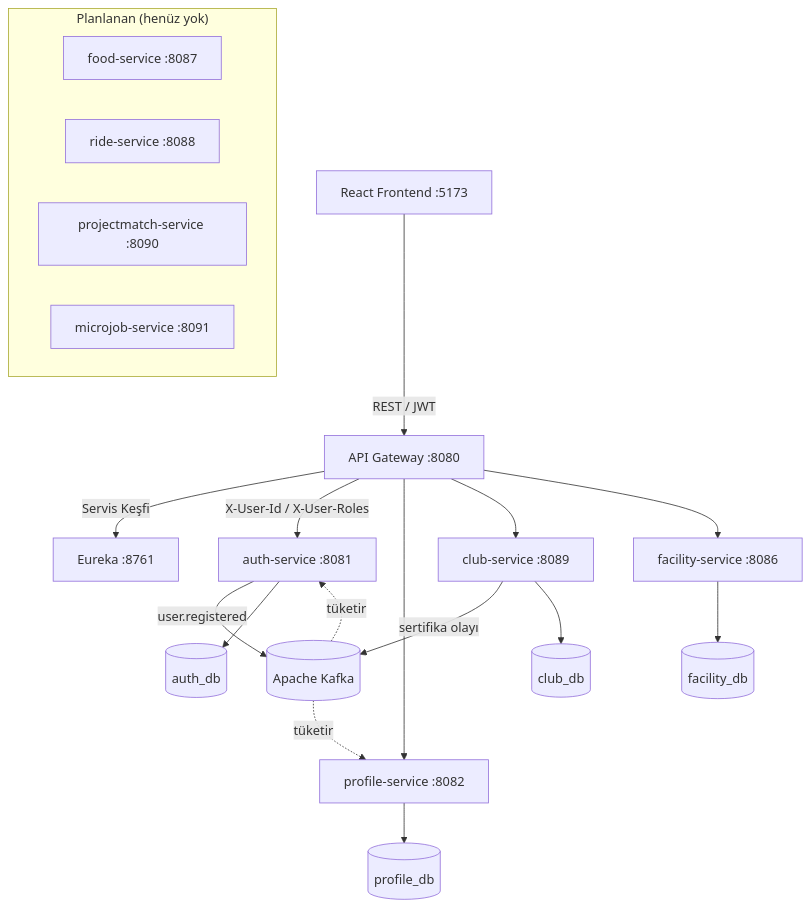
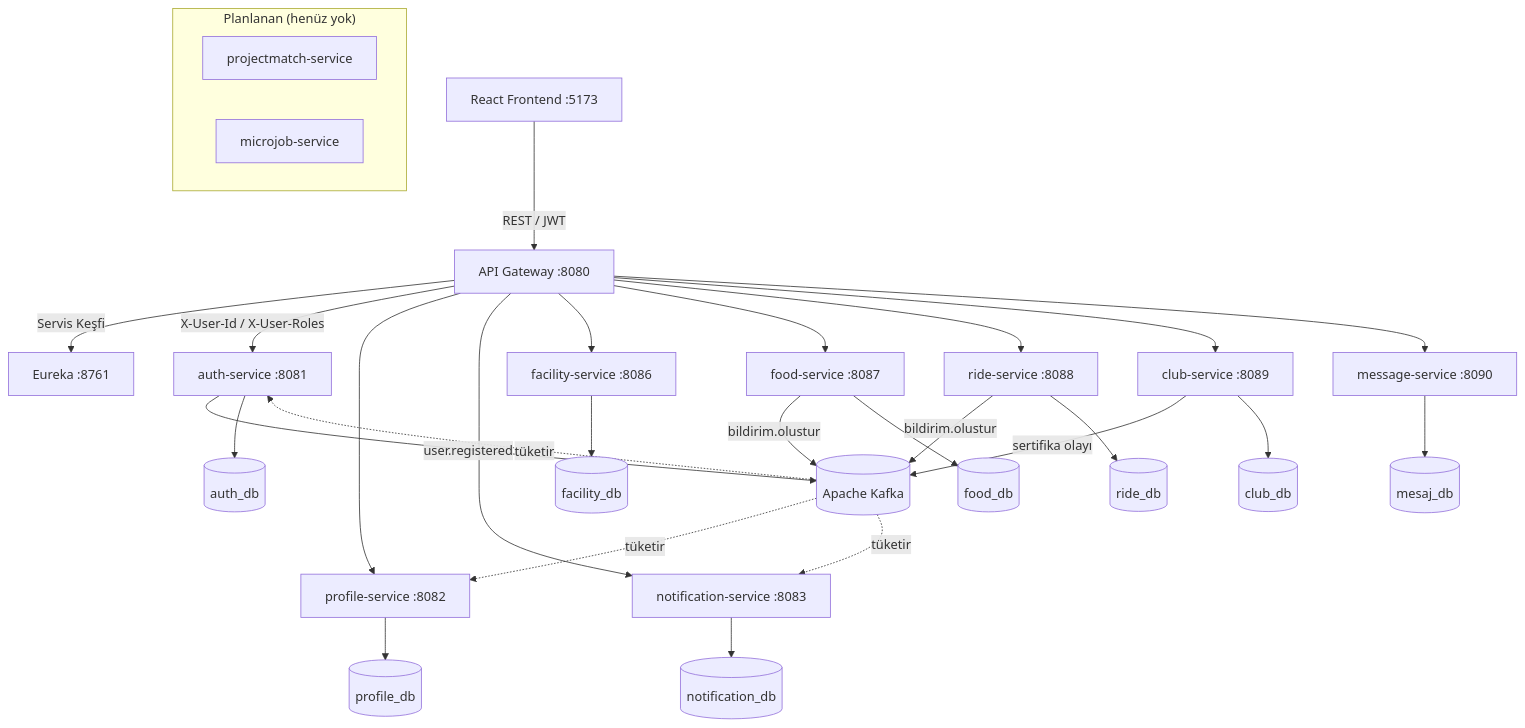
Before and after one commit to tolguner/IsikCampusOS: the diagram in docs/proje/02-mimari.md, drawn with Mermaid. The commit also changed other lines of this file and 41 other files, not shown here.

````diff
--- a/docs/proje/02-mimari.md
+++ b/docs/proje/02-mimari.md
@@ -109,26 +121,35 @@
 ```mermaid
 flowchart TD
     Client[React Frontend :5173] -->|REST / JWT| Gateway[API Gateway :8080]
     Gateway -->|Servis Keşfi| Eureka[Eureka :8761]
     Gateway -->|X-User-Id / X-User-Roles| Auth[auth-service :8081]
     Gateway --> Profile[profile-service :8082]
-    Gateway --> Event[club-service :8089]
+    Gateway --> Notification[notification-service :8083]
     Gateway --> Facility[facility-service :8086]
+    Gateway --> Food[food-service :8087]
+    Gateway --> Ride[ride-service :8088]
+    Gateway --> Club[club-service :8089]
+    Gateway --> Message[message-service :8090]
 
     Auth -->|user.registered| Kafka[(Apache Kafka)]
     Kafka -.->|tüketir| Profile
-    Event -->|sertifika olayı| Kafka
+    Club -->|sertifika olayı| Kafka
     Kafka -.->|tüketir| Auth
+    Food -->|bildirim.olustur| Kafka
+    Ride -->|bildirim.olustur| Kafka
+    Kafka -.->|tüketir| Notification
 
     Auth --> AuthDB[(auth_db)]
     Profile --> ProfDB[(profile_db)]
-    Event --> EventDB[(club_db)]
+    Notification --> NotifDB[(notification_db)]
     Facility --> FacDB[(facility_db)]
+    Food --> FoodDB[(food_db)]
+    Ride --> RideDB[(ride_db)]
+    Club --> ClubDB[(club_db)]
+    Message --> MsgDB[(mesaj_db)]
 
     subgraph "Planlanan (henüz yok)"
-        Food[food-service :8087]
-        Ride[ride-service :8088]
-        ProjMatch[projectmatch-service :8090]
-        MicroJob[microjob-service :8091]
+        ProjMatch[projectmatch-service]
+        MicroJob[microjob-service]
     end
 ```
````
